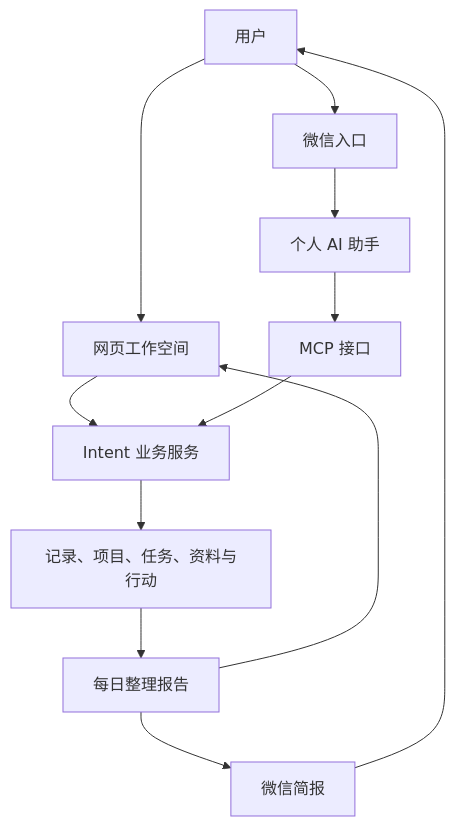
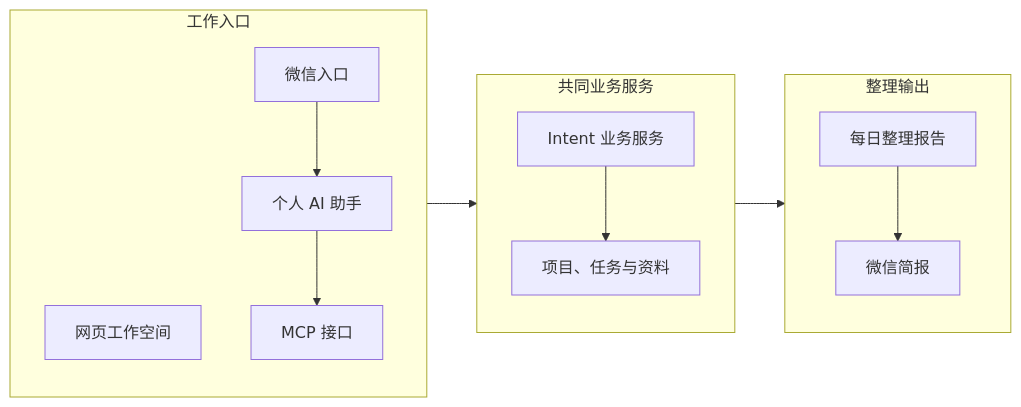
One commit to cytlabs/personal-site changed the second of 2 diagrams in content/cases/intent.md. Above: the diagram before and after it, drawn with Mermaid. The commit also changed other lines of this file and 17 other files, not shown here.

First line of the commit message:
统一图表排版、主题和大图查看 (#15)

````diff
--- a/content/cases/intent.md
+++ b/content/cases/intent.md
@@ -39,14 +42,17 @@
 ```mermaid
-flowchart TD
-    U["用户"] --> W["网页工作空间"]
-    U --> C["微信入口"]
-    C --> A["个人 AI 助手"]
-    A --> M["MCP 接口"]
-    W --> S["Intent 业务服务"]
-    M --> S
-    S --> D["记录、项目、任务、资料与行动"]
-    D --> R["每日整理报告"]
-    R --> W
-    R --> N["微信简报"]
-    N --> U
+flowchart LR
+    subgraph ENTRY["工作入口"]
+        direction TB
+        W["网页工作空间"]
+        C["微信入口"] --> A["个人 AI 助手"] --> M["MCP 接口"]
+    end
+    subgraph SERVICE["共同业务服务"]
+        direction TB
+        S["Intent 业务服务"] --> D["项目、任务与资料"]
+    end
+    subgraph REPORT["整理输出"]
+        direction TB
+        R["每日整理报告"] --> N["微信简报"]
+    end
+    ENTRY --> SERVICE --> REPORT
 ```
````
